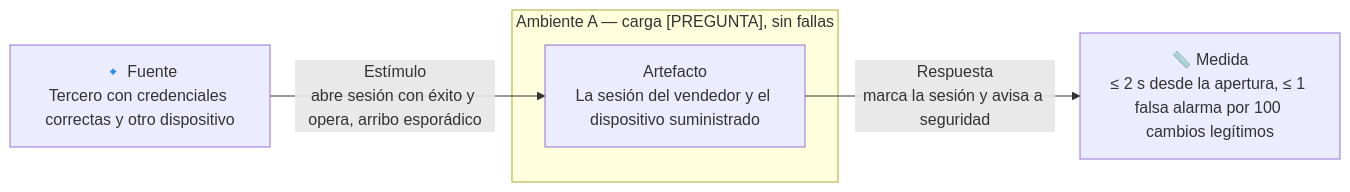
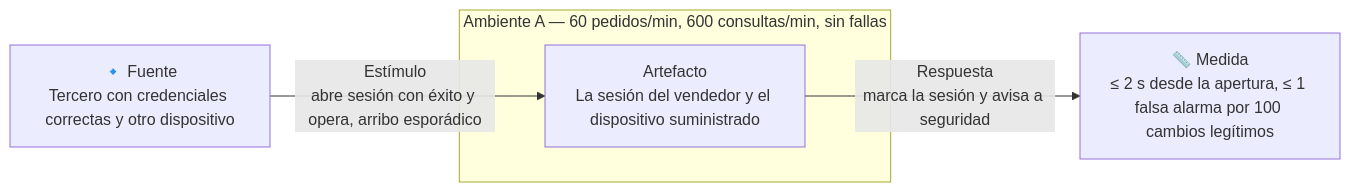
Before and after one commit to MATI-MBIT/arqsoft-reto-2: the first of 4 diagrams in docs/quality-attributes.md, drawn with Mermaid. The commit also changed other lines of this file, not shown here.

First line of the commit message:
Ajusta las fichas de los ASR al formato y fija las cifras de carga

````diff
--- a/docs/quality-attributes.md
+++ b/docs/quality-attributes.md
@@ -85,9 +103,9 @@
 ```mermaid
 flowchart LR
     F["🔹 Fuente<br/>Tercero con credenciales correctas y otro dispositivo"]
     F -- "Estímulo<br/>abre sesión con éxito y opera, arribo esporádico" --> A
-    subgraph AMB["Ambiente A — carga [PREGUNTA], sin fallas"]
+    subgraph AMB["Ambiente A — 60 pedidos/min, 600 consultas/min, sin fallas"]
         A["Artefacto<br/>La sesión del vendedor y el dispositivo suministrado"]
     end
     A -- "Respuesta<br/>marca la sesión y avisa a seguridad" --> M["📏 Medida<br/>≤ 2 s desde la apertura, ≤ 1 falsa alarma por 100 cambios legítimos"]
 ```
````
